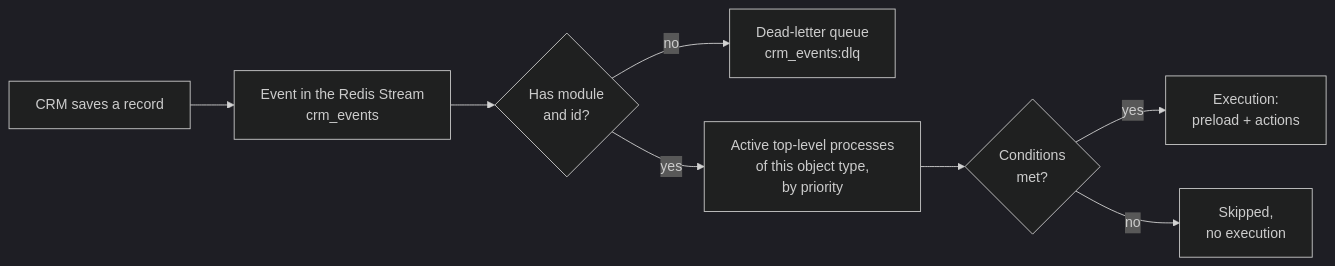
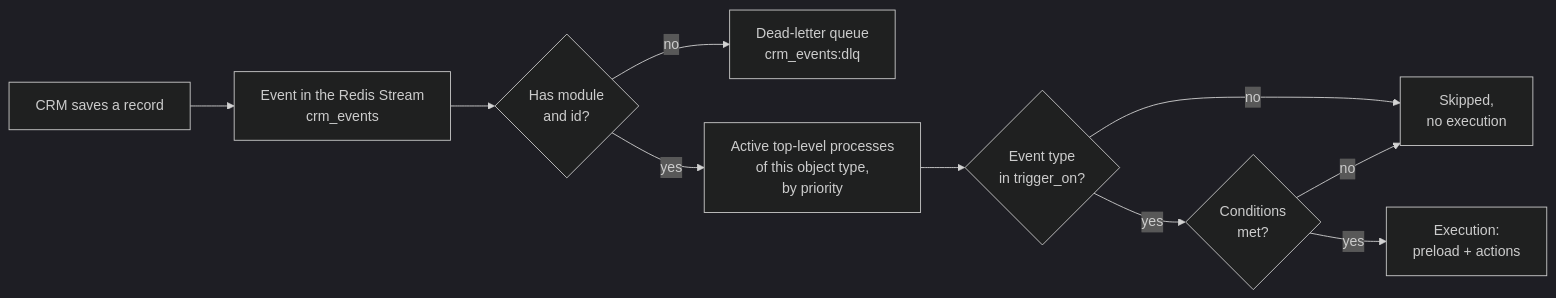
The diagram in doc/en/03-user-guide/triggers-and-conditions.md (madarch-labs/Workflow-Processing-Service), drawn with Mermaid (dark theme) before and after one commit. The commit also changed other lines of this file and 470 other files, not shown here.

````diff
--- a/doc/en/03-user-guide/triggers-and-conditions.md
+++ b/doc/en/03-user-guide/triggers-and-conditions.md
@@ -11,10 +11,12 @@
 ```mermaid
 flowchart LR
     A[CRM saves a record] --> B[Event in the Redis Stream<br/>crm_events]
     B --> C{Has module<br/>and id?}
     C -- no --> D[Dead-letter queue<br/>crm_events:dlq]
     C -- yes --> E[Active top-level processes<br/>of this object type,<br/>by priority]
-    E --> F{Conditions<br/>met?}
+    E --> T{Event type<br/>in trigger_on?}
+    T -- no --> H
+    T -- yes --> F{Conditions<br/>met?}
     F -- yes --> G[Execution:<br/>preload + actions]
     F -- no --> H[Skipped,<br/>no execution]
 ```
````
